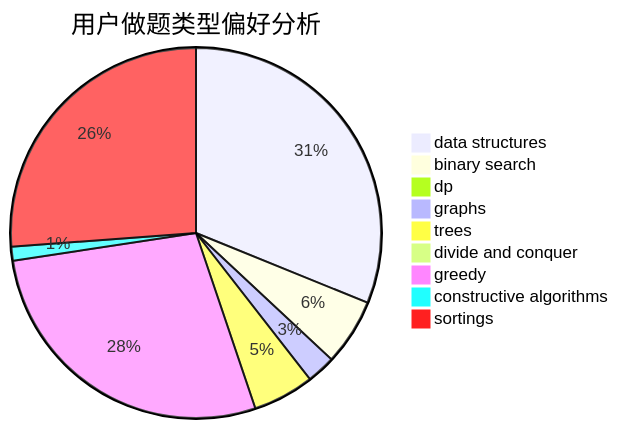
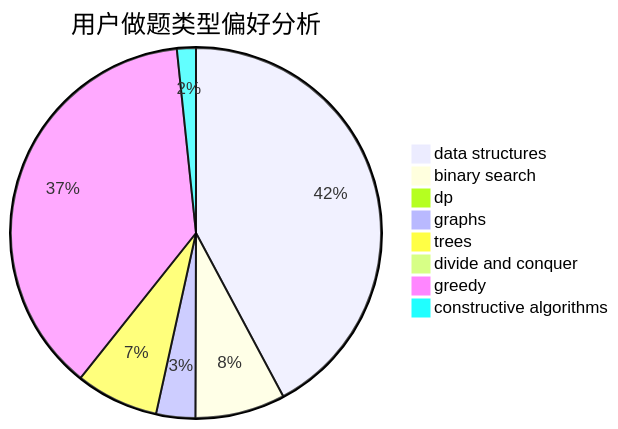
The second of 3 diagrams in docs/user/u1072.md (sherpahu/cfrs.github.io), drawn with Mermaid before and after one commit. The commit also changed other lines of this file and 2769 other files, not shown here.

````diff
--- a/docs/user/u1072.md
+++ b/docs/user/u1072.md
@@ -18,12 +18,11 @@
 ```mermaid
 pie title 用户做题类型偏好分析
     "data structures" :  408
     "binary search" :  76
     "dp" :  5
     "graphs" :  33
     "trees" :  70
     "divide and conquer" :  1
     "greedy" :  364
     "constructive algorithms" :  16
-    "sortings" :  343
 ```
````
